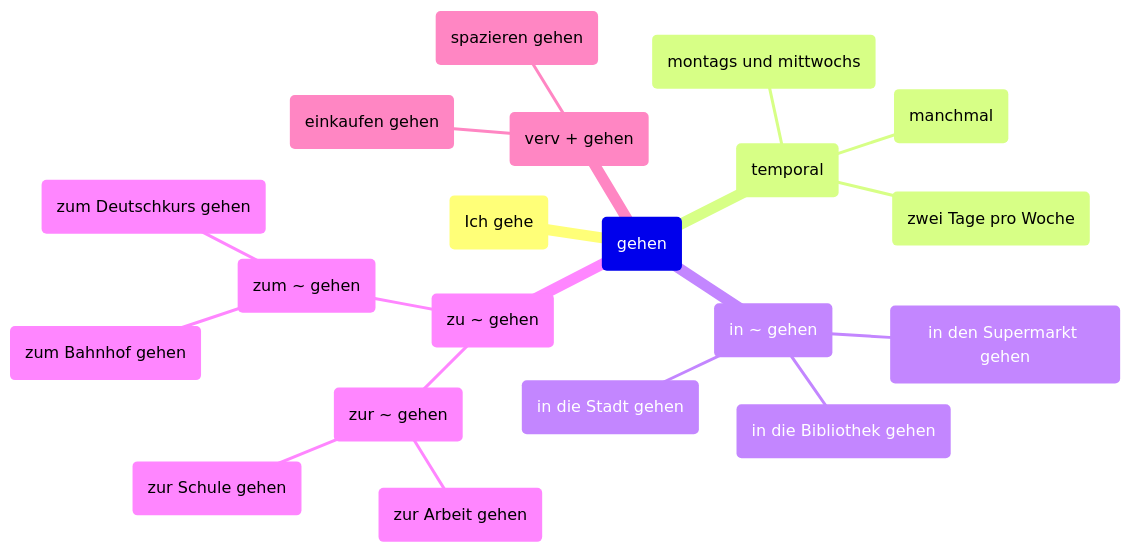
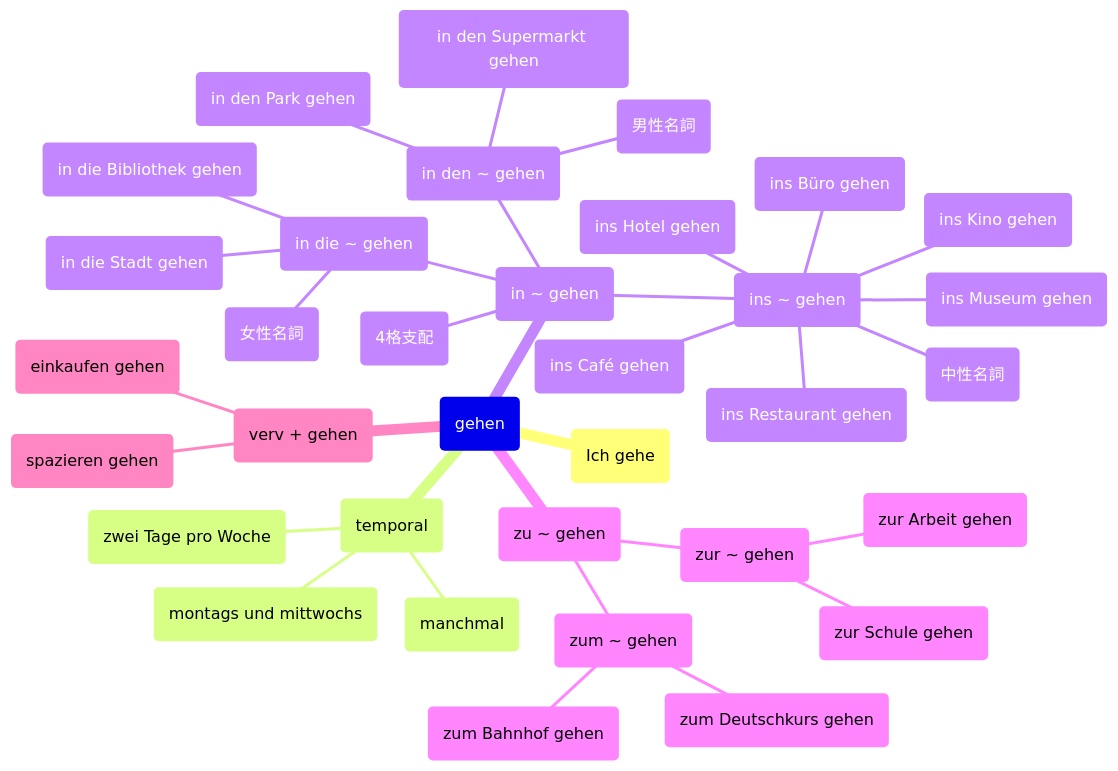
The diagram in Dutesch/Verb/gehen.md (hyonsoku/mindmap), drawn with Mermaid before and after one commit.

Commit message:
Add ins ~ gehen

````diff
--- a/Dutesch/Verb/gehen.md
+++ b/Dutesch/Verb/gehen.md
@@ -3,23 +3,37 @@
 ```mermaid
 mindmap
     root(gehen)
         (Ich gehe)
         (temporal)
             (manchmal)
             (zwei Tage pro Woche)
             (montags und mittwochs)
         (in ~ gehen)
-            (in den Supermarkt gehen)
-            (in die Bibliothek gehen)
-            (in die Stadt gehen)
+            (4格支配)
+            (in den ~ gehen)
+                (男性名詞)
+                (in den Supermarkt gehen)
+                (in den Park gehen)
+            (in die ~ gehen)
+                (女性名詞)
+                (in die Bibliothek gehen)
+                (in die Stadt gehen)
+            (ins ~ gehen)
+                (中性名詞)
+                (ins Kino gehen)
+                (ins Büro gehen)
+                (ins Museum gehen)
+                (ins Restaurant gehen)
+                (ins Café gehen)
+                (ins Hotel gehen)
         (zu ~ gehen)
             (zur ~ gehen)
                 (zur Arbeit gehen)
                 (zur Schule gehen)
             (zum ~ gehen)
                 (zum Deutschkurs gehen)
                 (zum Bahnhof gehen)
         (verv + gehen)
             (einkaufen gehen)
             (spazieren gehen)
 ```
````
